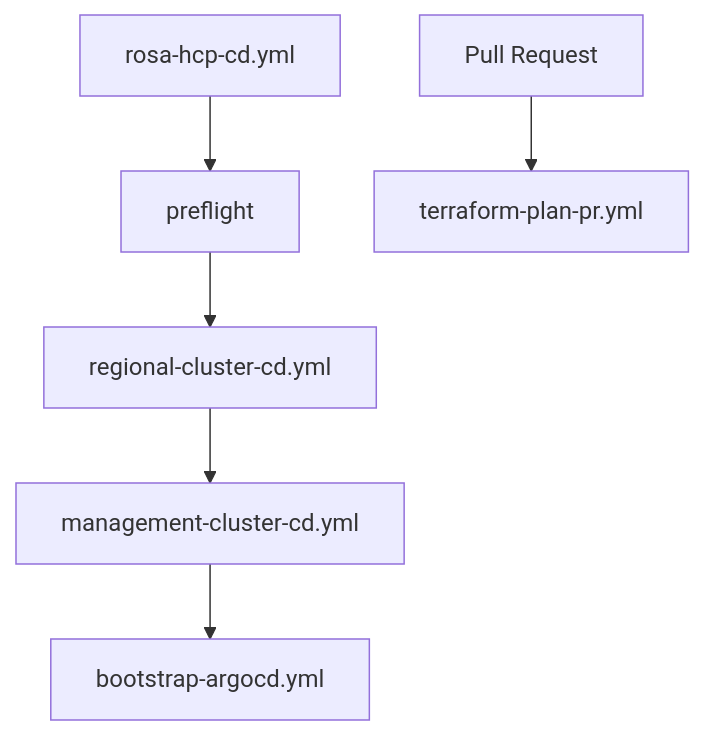
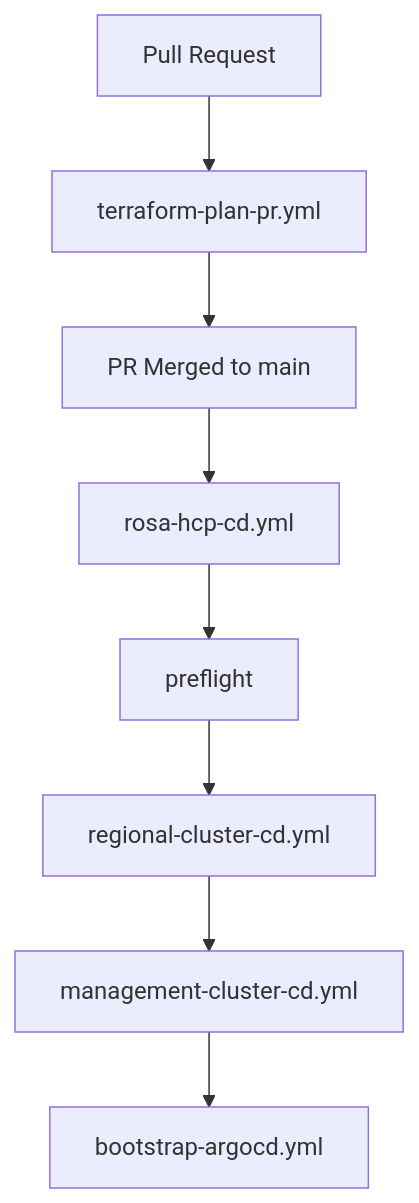
The diagram in deployments/infra/rosa-hcp/docs/README.md (ritmun/proposals), drawn with Mermaid before and after one commit.

Commit message:
fix diagram sequence

````diff
--- a/deployments/infra/rosa-hcp/docs/README.md
+++ b/deployments/infra/rosa-hcp/docs/README.md
@@ -78,9 +78,11 @@
 ```mermaid
 graph TD
-    A[rosa-hcp-cd.yml] --> B[preflight]
+    F[Pull Request] --> G[terraform-plan-pr.yml]
+    G --> H[PR Merged to main]
+    H --> A[rosa-hcp-cd.yml]
+
+    A --> B[preflight]
     B --> C[regional-cluster-cd.yml]
     C --> D[management-cluster-cd.yml]
     D --> E[bootstrap-argocd.yml]
-
-    F[Pull Request] --> G[terraform-plan-pr.yml]
 ```
````
